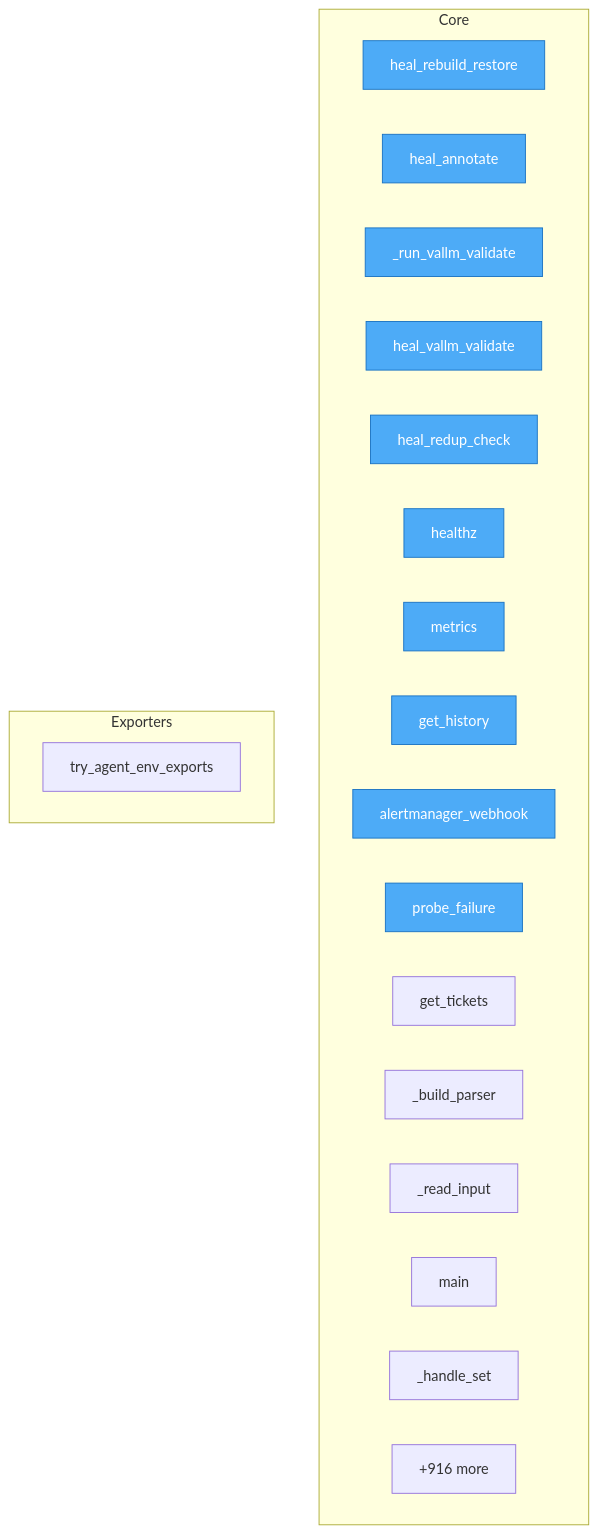
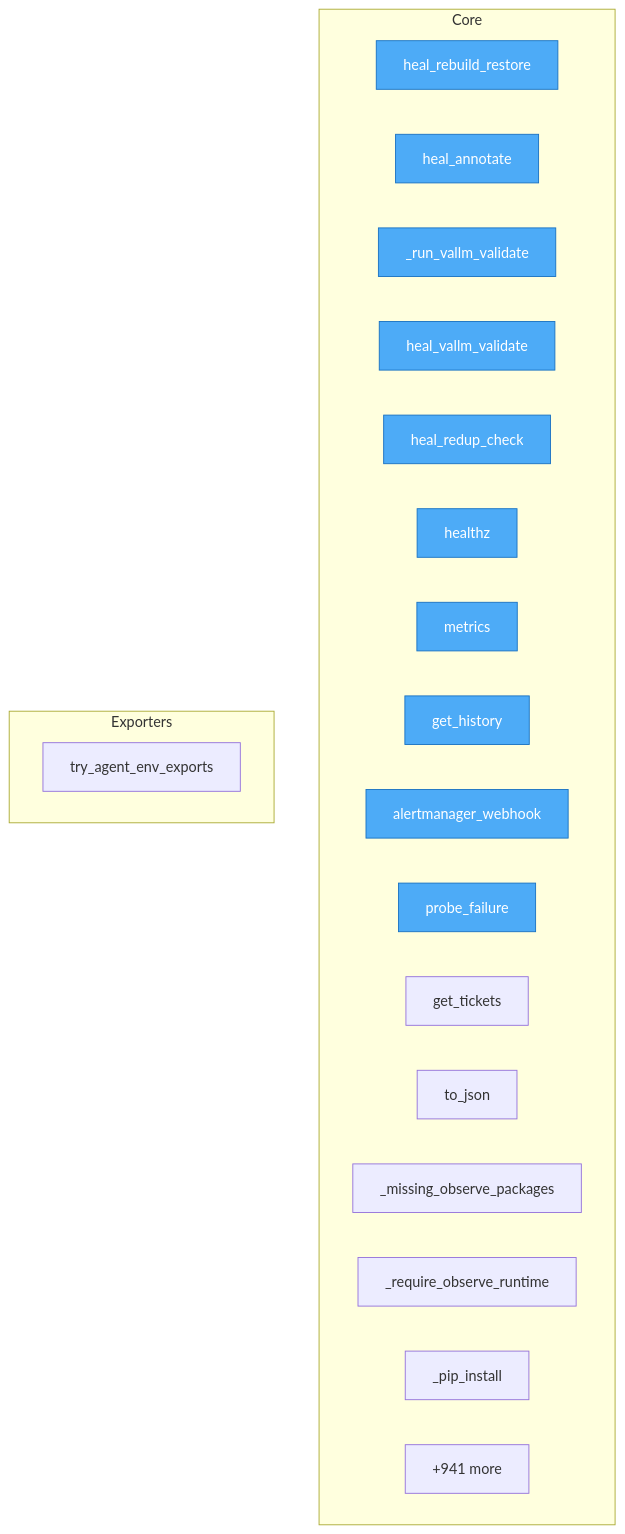
Before and after one commit to semcod/koru: the diagram in project/flow.mmd, drawn with Mermaid. The commit also changed 76 other files, not shown here.

```diff
--- a/project/flow.mmd
+++ b/project/flow.mmd
@@ -1,30 +1,30 @@
 flowchart TD
-%% generated in 0.07s
+%% generated in 0.12s
 
     %% Entry points (blue)
     classDef entry fill:#4dabf7,stroke:#1971c2,color:#fff
 
     subgraph Core
         services__healing_webhook__app__heal_rebuild_restore["heal_rebuild_restore"]
         services__healing_webhook__app__heal_annotate["heal_annotate"]
         services__healing_webhook__app___run_vallm_validate["_run_vallm_validate"]
         services__healing_webhook__app__heal_vallm_validate["heal_vallm_validate"]
         services__healing_webhook__app__heal_redup_check["heal_redup_check"]
         services__healing_webhook__app__healthz["healthz"]
         services__healing_webhook__app__metrics["metrics"]
         services__healing_webhook__app__get_history["get_history"]
         services__healing_webhook__app__alertmanager_webhook["alertmanager_webhook"]
         services__healing_webhook__app__probe_failure["probe_failure"]
         services__healing_webhook__app__get_tickets["get_tickets"]
-        src__korudsl__cli___build_parser["_build_parser"]
-        src__korudsl__cli___read_input["_read_input"]
-        src__korudsl__cli__main["main"]
-        src__korudsl__library___handle_set["_handle_set"]
-        ...["+916 more"]
+        src__koruobserve__lifecycle__ObserveProcesses__to_json["to_json"]
+        src__koruobserve__cli___missing_observe_packages["_missing_observe_packages"]
+        src__koruobserve__cli___require_observe_runtime["_require_observe_runtime"]
+        src__koruobserve__cli___pip_install["_pip_install"]
+        ...["+941 more"]
     end
 
     subgraph Exporters
         src__koru__agent_cli_helpers__try_agent_env_exports["try_agent_env_exports"]
     end
 
     class services__healing_webhook__app__heal_rebuild_restore,services__healing_webhook__app__heal_annotate,services__healing_webhook__app___run_vallm_validate,services__healing_webhook__app__heal_vallm_validate,services__healing_webhook__app__heal_redup_check,services__healing_webhook__app__healthz,services__healing_webhook__app__metrics,services__healing_webhook__app__get_history,services__healing_webhook__app__alertmanager_webhook,services__healing_webhook__app__probe_failure entry
```
